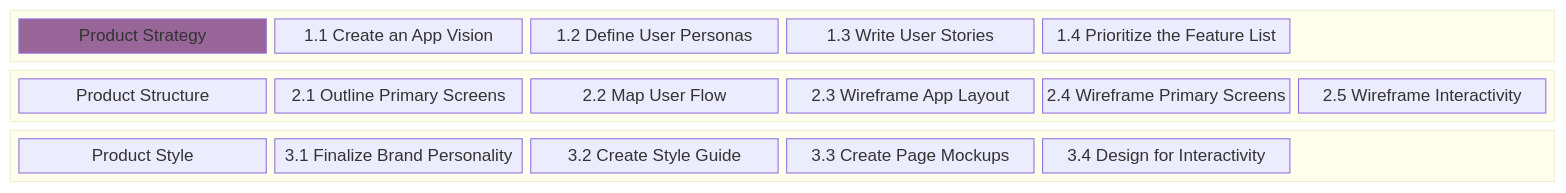
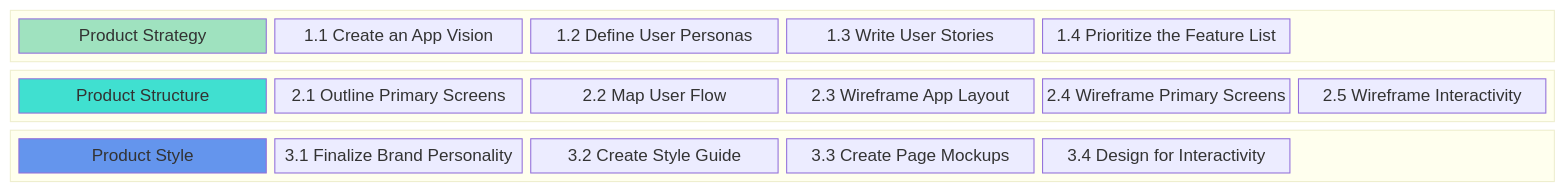
Before and after one commit to chingu-voyages/Handbook: the diagram in docs/resources/techresources/uiux.md, drawn with Mermaid.

Commit message:
Feature: Add UI/UX Workflow diagram

````diff
--- a/docs/resources/techresources/uiux.md
+++ b/docs/resources/techresources/uiux.md
@@ -15,32 +15,34 @@
 ```mermaid
 block-beta
 columns 1
   block:STRATEGY
     columns 6
     A["Product Strategy"]
     B["1.1 Create an App Vision"]
     C["1.2 Define User Personas"]
     D["1.3 Write User Stories"]
     E["1.4 Prioritize the Feature List"]
     space
   end
   block:STRUCTURE
     columns 6
     G["Product Structure"]
     H["2.1 Outline Primary Screens"]
     I["2.2 Map User Flow"]
     J["2.3 Wireframe App Layout"]
     K["2.4 Wireframe Primary Screens"]
     L["2.5 Wireframe Interactivity"]
   end
   block:STYLE
     columns 6
     M["Product Style"]
     N["3.1 Finalize Brand Personality"]
     O["3.2 Create Style Guide"]
     P["3.3 Create Page Mockups"]
     Q["3.4 Design for Interactivity"]
     space
   end
-  style A fill:#969
+  style A fill:#9FE2BF
+  style G fill:#40E0D0
+  style M fill:#6495ED
 ```
````
